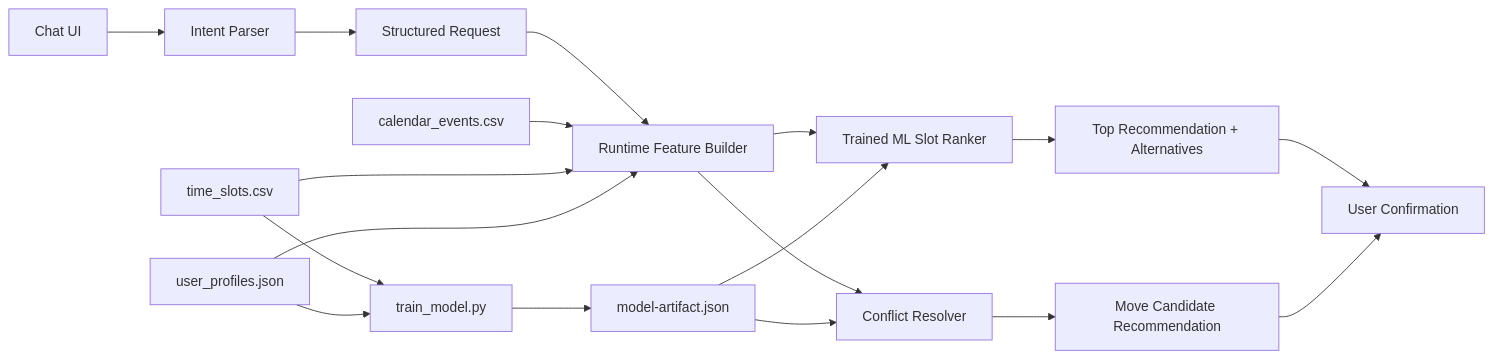
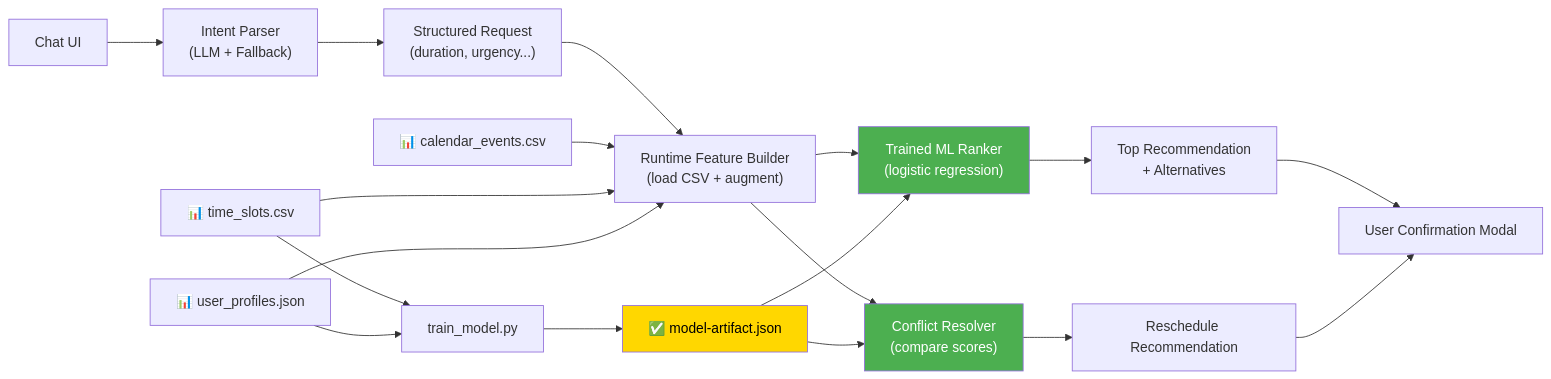
The diagram in README.md (ankithareddy08/AI-Schedule-), drawn with Mermaid before and after one commit. The commit also changed other lines of this file and 5 other files, not shown here.

````diff
--- a/README.md
+++ b/README.md
@@ -104,20 +336,23 @@
 ```mermaid
 flowchart LR
-    A["Chat UI"] --> B["Intent Parser"]
-    B --> C["Structured Request"]
-    C --> D["Runtime Feature Builder"]
-    D --> E["Trained ML Slot Ranker"]
-    E --> F["Top Recommendation + Alternatives"]
-    D --> G["Conflict Resolver"]
-    G --> H["Move Candidate Recommendation"]
-    F --> I["User Confirmation"]
-    H --> I["User Confirmation"]
-    J["calendar_events.csv"] --> D
-    K["time_slots.csv"] --> D
-    L["user_profiles.json"] --> D
+    A["Chat UI"] --> B["Intent Parser<br/>(LLM + Fallback)"]
+    B --> C["Structured Request<br/>(duration, urgency...)"]
+    C --> D["Runtime Feature Builder<br/>(load CSV + augment)"]
+    D --> E["Trained ML Ranker<br/>(logistic regression)"]
+    E --> F["Top Recommendation<br/>+ Alternatives"]
+    D --> G["Conflict Resolver<br/>(compare scores)"]
+    G --> H["Reschedule Recommendation"]
+    F --> I["User Confirmation Modal"]
+    H --> I
+    J["📊 calendar_events.csv"] --> D
+    K["📊 time_slots.csv"] --> D
+    L["📊 user_profiles.json"] --> D
     K --> M["train_model.py"]
     L --> M
-    M --> N["model-artifact.json"]
+    M --> N["✅ model-artifact.json"]
     N --> E
     N --> G
+    style E fill:#4CAF50,color:#fff
+    style G fill:#4CAF50,color:#fff
+    style N fill:#FFD700,color:#000
 ```
````
